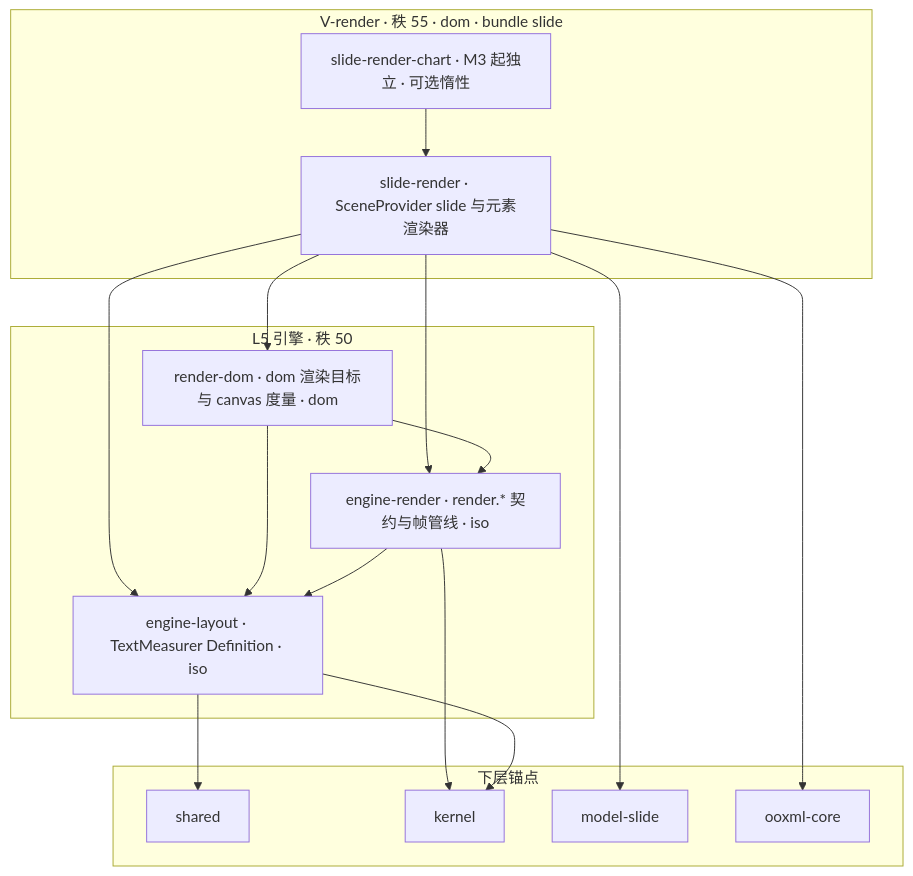
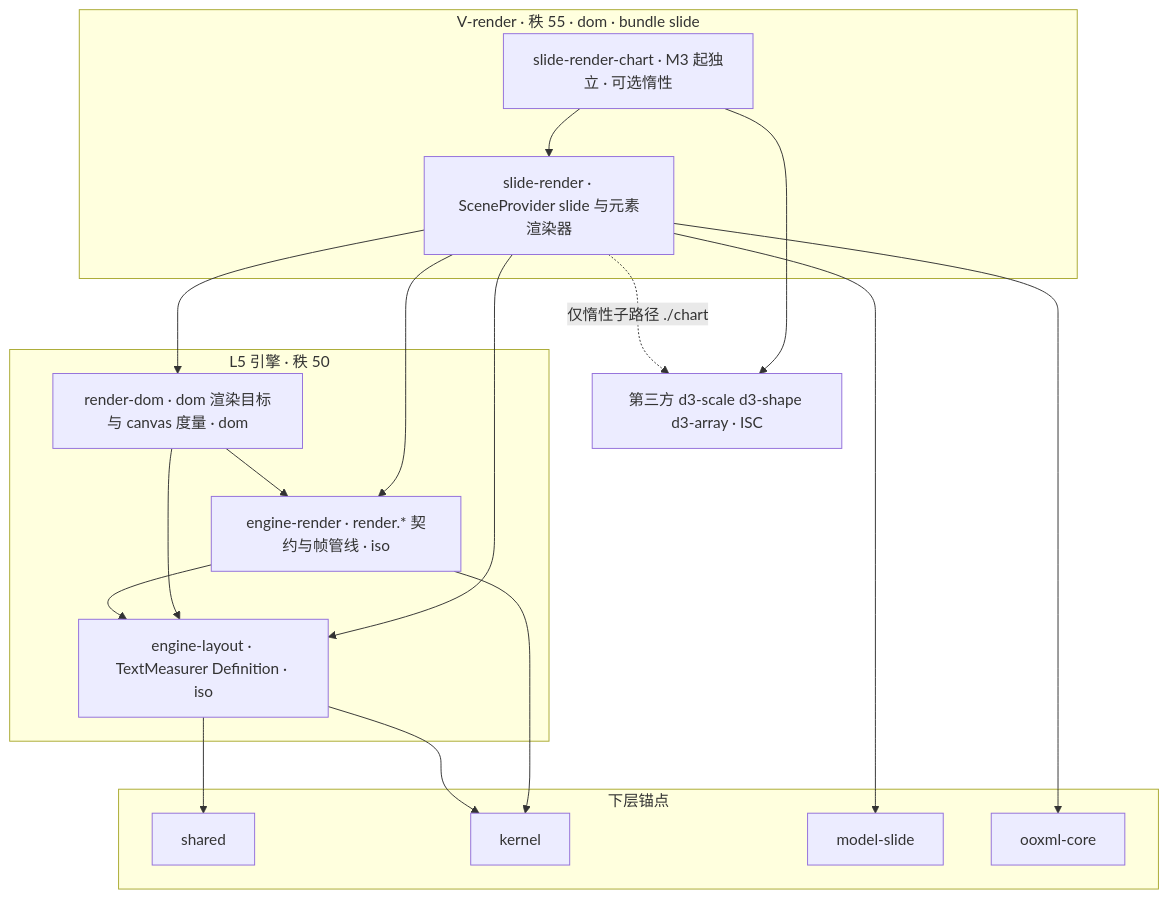
One commit to Xeonice/cordis-ppt-editor changed the ninth of 36 diagrams in docs/40-modules/18-atlas-system-and-frontend.md. Above: the diagram before and after it, drawn with Mermaid. The commit also changed other lines of this file and 78 other files, not shown here.

````diff
--- a/docs/40-modules/18-atlas-system-and-frontend.md
+++ b/docs/40-modules/18-atlas-system-and-frontend.md
@@ -311,30 +317,33 @@
 ```mermaid
 flowchart TB
   subgraph vr["V-render · 秩 55 · dom · bundle slide"]
     slideRender["slide-render · SceneProvider slide 与元素渲染器"]
     slideChart["slide-render-chart · M3 起独立 · 可选惰性"]
   end
   subgraph l5["L5 引擎 · 秩 50"]
     engineLayout["engine-layout · TextMeasurer Definition · iso"]
     engineRender["engine-render · render.* 契约与帧管线 · iso"]
     renderDom["render-dom · dom 渲染目标与 canvas 度量 · dom"]
   end
   subgraph anchors5["下层锚点"]
     sharedB["shared"]
     kernelB["kernel"]
     modelSlideB["model-slide"]
     ooxmlCoreB["ooxml-core"]
   end
+  d3Lib["第三方 d3-scale d3-shape d3-array · ISC"]
   slideChart --> slideRender
+  slideChart --> d3Lib
+  slideRender -. "仅惰性子路径 ./chart" .-> d3Lib
   slideRender --> modelSlideB
   slideRender --> ooxmlCoreB
   slideRender --> engineRender
   slideRender --> engineLayout
   slideRender --> renderDom
   renderDom --> engineRender
   renderDom --> engineLayout
   engineRender --> kernelB
   engineRender --> engineLayout
   engineLayout --> sharedB
   engineLayout --> kernelB
 ```
````
